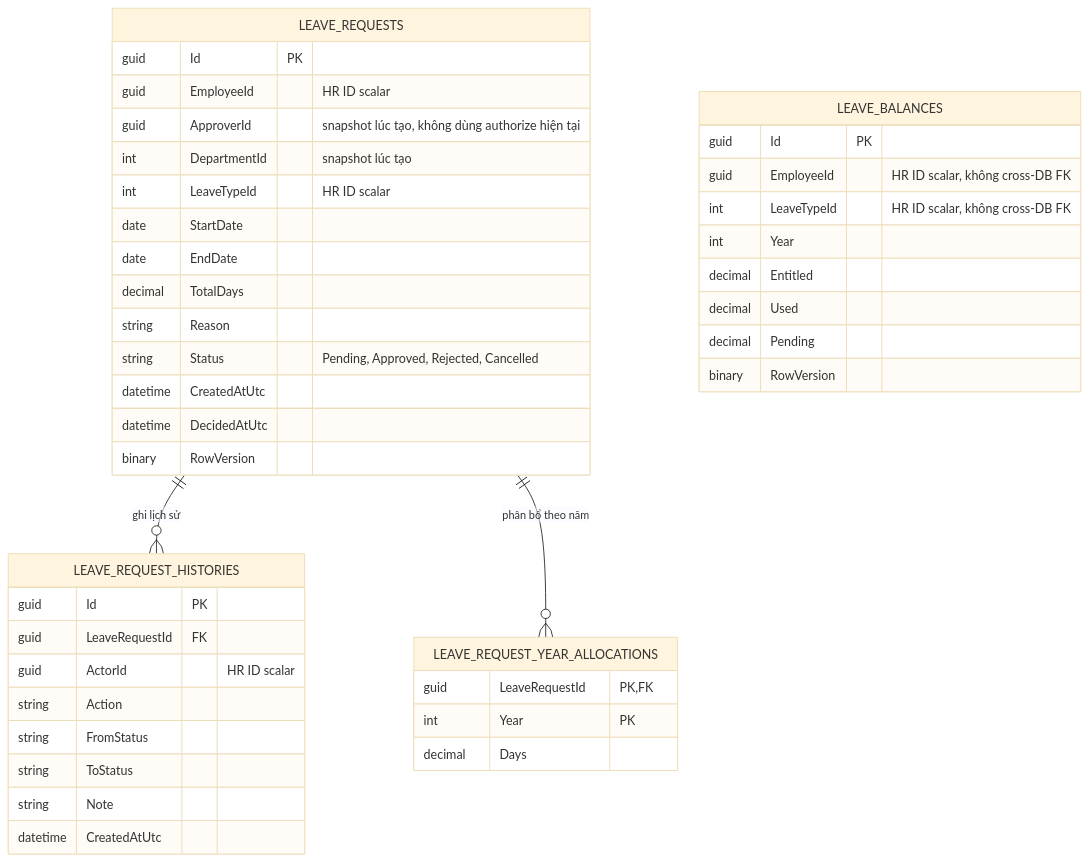
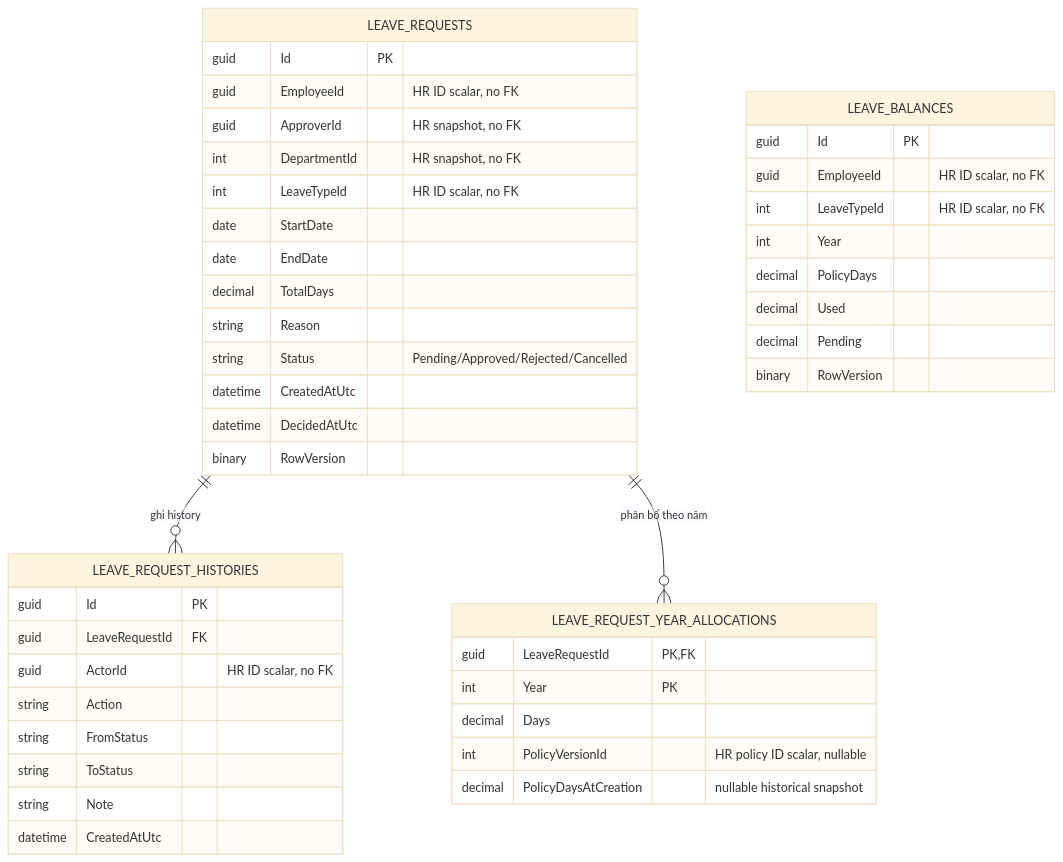
One commit to OlYVER1337/hr-leave-management changed the diagram in docs/architecture/diagrams/mermaid/erd-leave-db.mmd. Above: the diagram before and after it, drawn with Mermaid (base theme).

Commit message:
Đồng bộ sơ đồ Mermaid với code và database hiện tại

```diff
--- a/docs/architecture/diagrams/mermaid/erd-leave-db.mmd
+++ b/docs/architecture/diagrams/mermaid/erd-leave-db.mmd
@@ -1,43 +1,53 @@
 erDiagram
-  LEAVE_REQUESTS ||--o{ LEAVE_REQUEST_HISTORIES : "ghi lịch sử"
+  LEAVE_REQUESTS ||--o{ LEAVE_REQUEST_HISTORIES : "ghi history"
   LEAVE_REQUESTS ||--o{ LEAVE_REQUEST_YEAR_ALLOCATIONS : "phân bổ theo năm"
+
   LEAVE_BALANCES {
     guid Id PK
-    guid EmployeeId "HR ID scalar, không cross-DB FK"
-    int LeaveTypeId "HR ID scalar, không cross-DB FK"
+    guid EmployeeId "HR ID scalar, no FK"
+    int LeaveTypeId "HR ID scalar, no FK"
     int Year
-    decimal Entitled
+    decimal PolicyDays
     decimal Used
     decimal Pending
     binary RowVersion
   }
   LEAVE_REQUESTS {
     guid Id PK
-    guid EmployeeId "HR ID scalar"
-    guid ApproverId "snapshot lúc tạo, không dùng authorize hiện tại"
-    int DepartmentId "snapshot lúc tạo"
-    int LeaveTypeId "HR ID scalar"
+    guid EmployeeId "HR ID scalar, no FK"
+    guid ApproverId "HR snapshot, no FK"
+    int DepartmentId "HR snapshot, no FK"
+    int LeaveTypeId "HR ID scalar, no FK"
     date StartDate
     date EndDate
     decimal TotalDays
     string Reason
-    string Status "Pending, Approved, Rejected, Cancelled"
+    string Status "Pending/Approved/Rejected/Cancelled"
     datetime CreatedAtUtc
     datetime DecidedAtUtc
     binary RowVersion
   }
   LEAVE_REQUEST_YEAR_ALLOCATIONS {
     guid LeaveRequestId PK,FK
     int Year PK
     decimal Days
+    int PolicyVersionId "HR policy ID scalar, nullable"
+    decimal PolicyDaysAtCreation "nullable historical snapshot"
   }
   LEAVE_REQUEST_HISTORIES {
     guid Id PK
     guid LeaveRequestId FK
-    guid ActorId "HR ID scalar"
+    guid ActorId "HR ID scalar, no FK"
     string Action
     string FromStatus
     string ToStatus
     string Note
     datetime CreatedAtUtc
   }
+
+  %% LeaveBalance unique key: EmployeeId + LeaveTypeId + Year.
+  %% Entitled and Available are [NotMapped], not persisted SQL columns.
+  %% Entitled = max(PolicyDays, Used + Pending); Available = Entitled - Used - Pending.
+  %% PolicyDays, Used and Pending each have non-negative CHECK constraints.
+  %% LeaveRequest.YearAllocations and Histories cascade-delete with LeaveRequest.
+  %% Employee/Approver/Department/LeaveType/PolicyVersion IDs are HR-owned scalar references.
```
